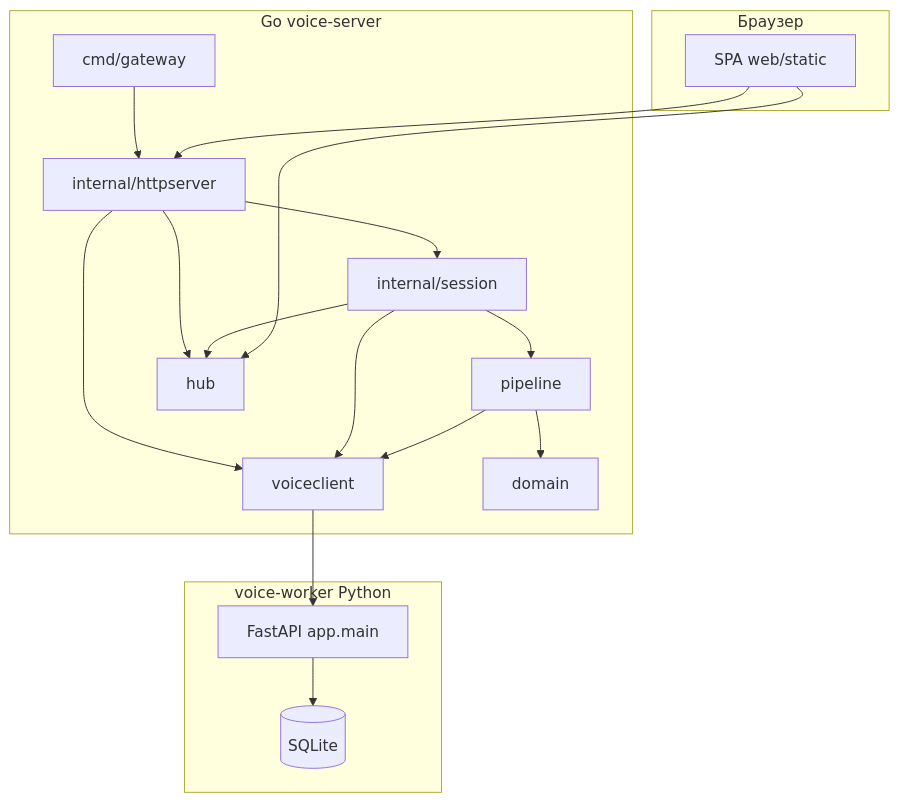
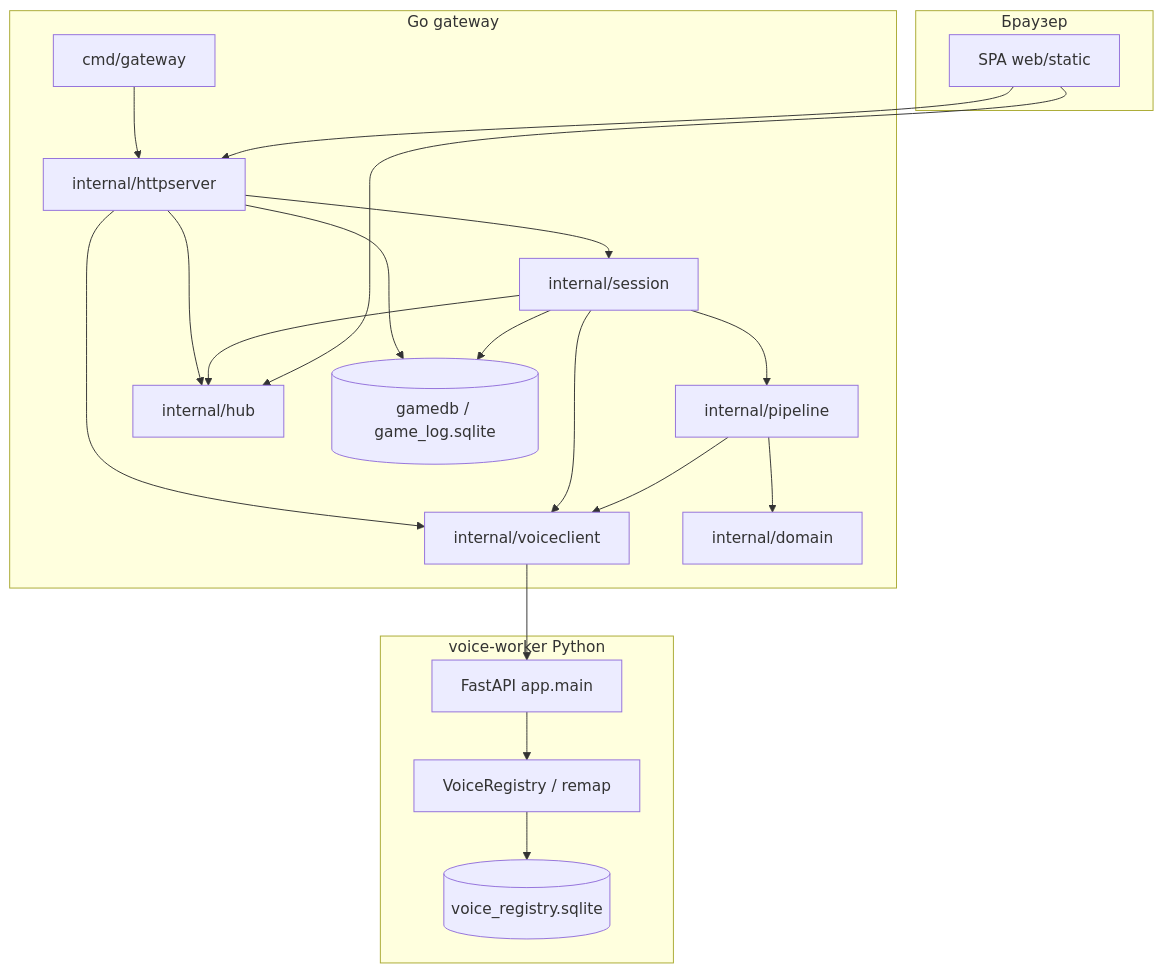
Before and after one commit to motokazmin/mafia-analyzer: the diagram in services/voice-server/docs/ARCHITECTURE.md, drawn with Mermaid. The commit also changed other lines of this file and 23 other files, not shown here.

````diff
--- a/services/voice-server/docs/ARCHITECTURE.md
+++ b/services/voice-server/docs/ARCHITECTURE.md
@@ -7,32 +16,37 @@
 ```mermaid
 flowchart TB
   subgraph browser [Браузер]
     UI[SPA web/static]
   end
-  subgraph gateway [Go voice-server]
+  subgraph gateway [Go gateway]
     GW[cmd/gateway]
     HTTP[internal/httpserver]
     SESS[internal/session]
-    PL[pipeline]
-    H[hub]
-    VC[voiceclient]
-    DOM[domain]
+    PL[internal/pipeline]
+    H[internal/hub]
+    VC[internal/voiceclient]
+    GDB[(gamedb / game_log.sqlite)]
+    DOM[internal/domain]
     GW --> HTTP
     HTTP --> SESS
     HTTP --> H
     HTTP --> VC
+    HTTP --> GDB
     SESS --> H
     SESS --> PL
     SESS --> VC
+    SESS --> GDB
     PL --> VC
     PL --> DOM
   end
   subgraph py [voice-worker Python]
     API[FastAPI app.main]
-    DB[(SQLite)]
-    API --> DB
+    REG[VoiceRegistry / remap]
+    ST[(voice_registry.sqlite)]
+    API --> REG
+    REG --> ST
   end
   UI --> HTTP
   UI --> H
   VC --> API
 ```
````
